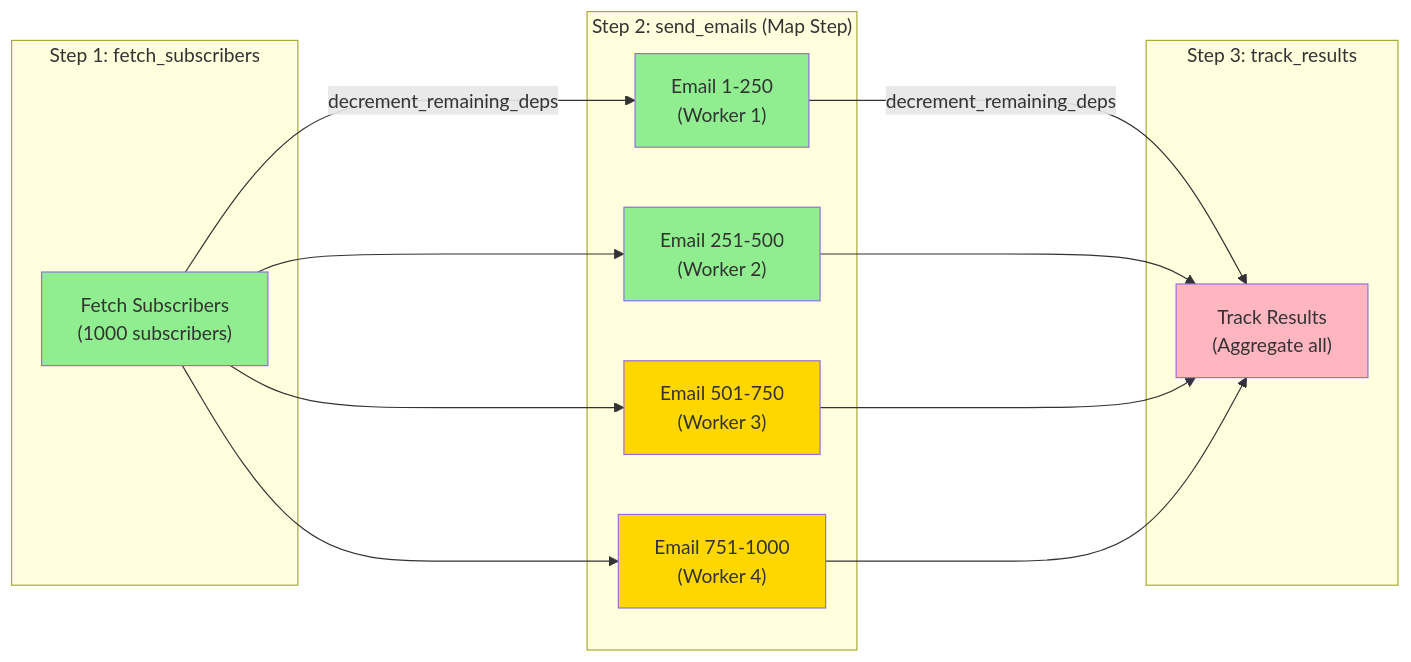
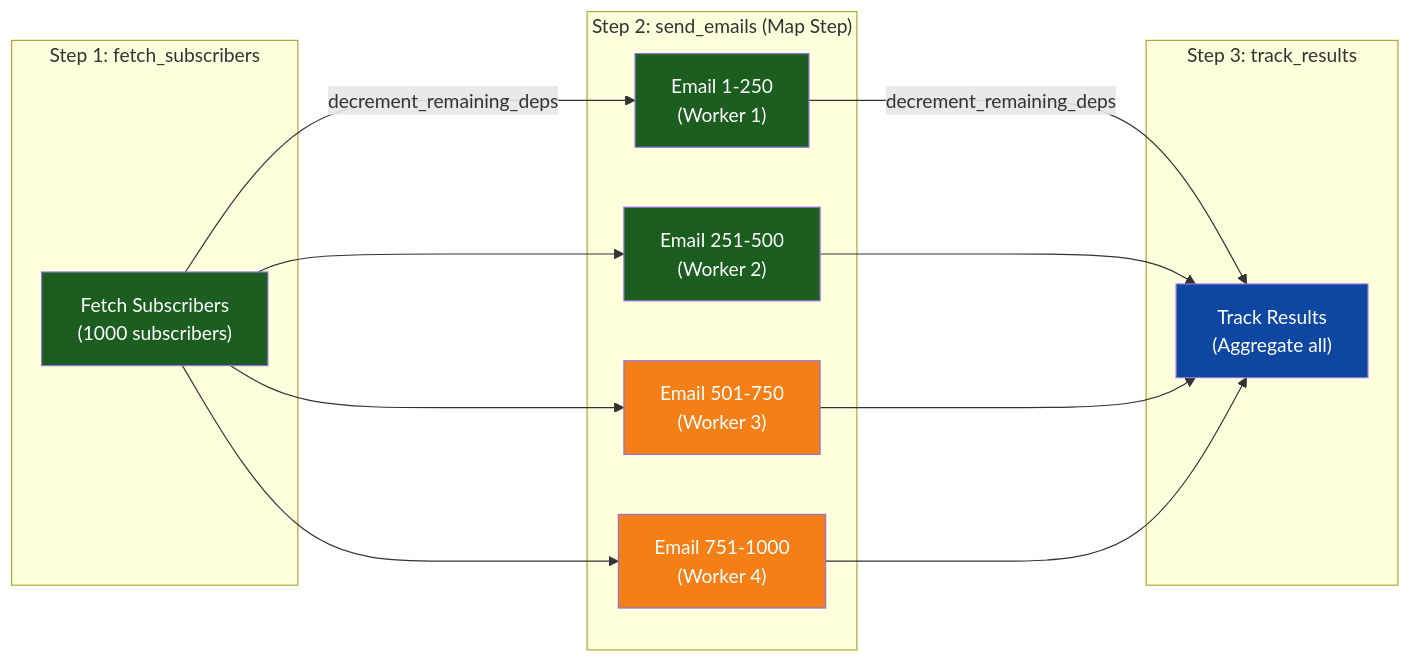
Diagram 13 of 13 in README.md (Singularity-ng/singularity-workflows), drawn with Mermaid before and after one commit. The commit also changed other lines of this file, not shown here.

First line of the commit message:
Improve Mermaid diagram contrast for dark GitHub theme

````diff
--- a/README.md
+++ b/README.md
@@ -528,34 +530,34 @@
 ```mermaid
 graph LR
     subgraph "Step 1: fetch_subscribers"
         F["Fetch Subscribers<br/>(1000 subscribers)"]
     end
 
     subgraph "Step 2: send_emails (Map Step)"
         E1["Email 1-250<br/>(Worker 1)"]
         E2["Email 251-500<br/>(Worker 2)"]
         E3["Email 501-750<br/>(Worker 3)"]
         E4["Email 751-1000<br/>(Worker 4)"]
     end
 
     subgraph "Step 3: track_results"
         T["Track Results<br/>(Aggregate all)"]
     end
 
     F -->|decrement_remaining_deps| E1
     F --> E2
     F --> E3
     F --> E4
 
     E1 -->|decrement_remaining_deps| T
     E2 --> T
     E3 --> T
     E4 --> T
 
-    style F fill:#90EE90
-    style E1 fill:#90EE90
-    style E2 fill:#90EE90
-    style E3 fill:#FFD700
-    style E4 fill:#FFD700
-    style T fill:#FFB6C1
+    style F fill:#1b5e20,color:#fff
+    style E1 fill:#1b5e20,color:#fff
+    style E2 fill:#1b5e20,color:#fff
+    style E3 fill:#f57f17,color:#fff
+    style E4 fill:#f57f17,color:#fff
+    style T fill:#0d47a1,color:#fff
 ```
````
